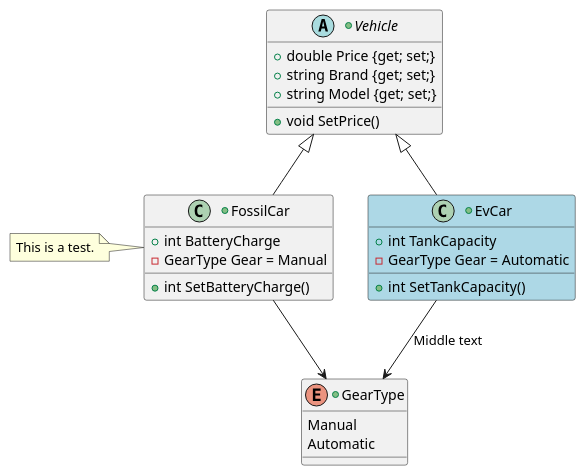
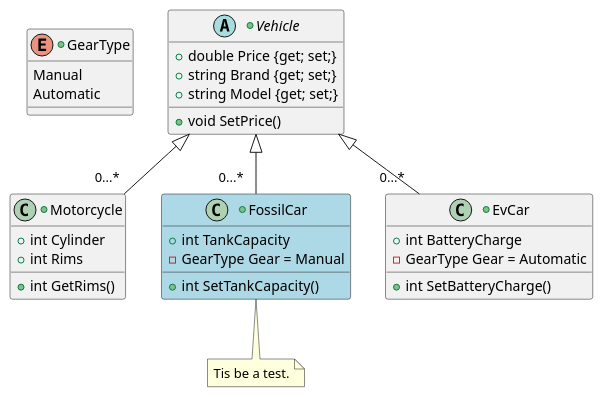
One commit to Mercantec-GHC/bilbasen-LegendsAndreas changed the first of 2 diagrams in bil.puml. Above: the diagram before and after it, drawn with PlantUML. The commit also changed other lines of this file and 3 other files, not shown here.

```diff
--- a/bil.puml
+++ b/bil.puml
@@ -1,41 +1,49 @@
 @startuml
 'https://plantuml.com/class-diagram
 
 +enum GearType{
 Manual
 Automatic
 }
 
 +abstract class Vehicle{
 +double Price {get; set;}
 +string Brand {get; set;}
 +string Model {get; set;}
 
 +void SetPrice()
 }
 
-+class EvCar #LightBlue{
++class Motorcycle {
++int Cylinder
++int Rims
+
++int GetRims()
+}
+
++class FossilCar #LightBlue{
 +int TankCapacity
--GearType Gear = Automatic
+-GearType Gear = Manual
 
 +int SetTankCapacity()
 }
 
-+class FossilCar{
++class EvCar{
 +int BatteryCharge
--GearType Gear = Manual
+-GearType Gear = Automatic
 
 +int SetBatteryCharge()
 }
 
-Vehicle <|-- EvCar
-Vehicle <|-- FossilCar 
+Vehicle <|-- "0...* " EvCar
+Vehicle <|-- "0...*   " FossilCar
+Vehicle <|-- "0...*   " Motorcycle
 
-EvCar --> GearType : Middle text
-FossilCar --> GearType
 
-note left of FossilCar
-    This is a test.
+
+
+note bottom of FossilCar
+    Tis be a test.
 end note
 
 @enduml
```
